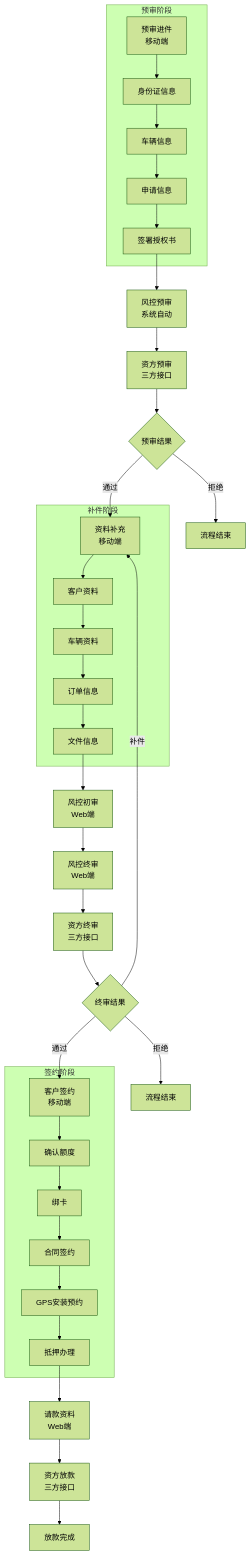
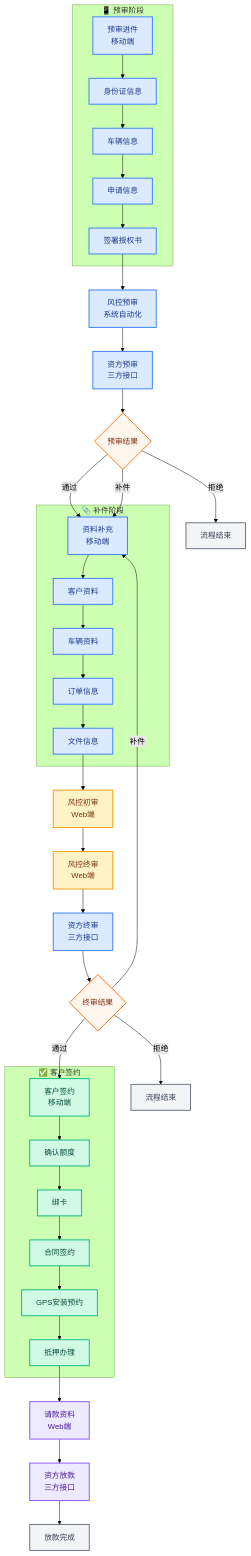
One commit to zygDemo/saas-project changed the first of 2 diagrams in docs/car-loan-flow-design.md. Above: the diagram before and after it, drawn with Mermaid (forest theme). The commit also changed other lines of this file and 27 other files, not shown here.

````diff
--- a/docs/car-loan-flow-design.md
+++ b/docs/car-loan-flow-design.md
@@ -11,44 +13,70 @@
 ```mermaid
 flowchart TD
-    subgraph 预审阶段["预审阶段"]
-        A[预审进件<br/>移动端] --> A1[身份证信息]
+    classDef pre fill:#dbeafe,stroke:#3b82f6,stroke-width:2px,color:#1e3a8a
+    classDef review fill:#fef3c7,stroke:#f59e0b,stroke-width:2px,color:#78350f
+    classDef sign fill:#d1fae5,stroke:#10b981,stroke-width:2px,color:#064e3b
+    classDef loan fill:#ede9fe,stroke:#8b5cf6,stroke-width:2px,color:#4c1d95
+    classDef endNode fill:#f3f4f6,stroke:#6b7280,stroke-width:2px,color:#374151
+    classDef decision fill:#fff7ed,stroke:#f97316,stroke-width:2px,color:#7c2d12
+
+    subgraph SG1["📱 预审阶段"]
+        A[预审进件
+移动端] --> A1[身份证信息]
         A1 --> A2[车辆信息]
         A2 --> A3[申请信息]
         A3 --> A4[签署授权书]
     end
 
-    A4 --> B[风控预审<br/>系统自动]
-    B --> C[资方预审<br/>三方接口]
+    A4 --> B[风控预审
+系统自动化]
+    B --> C[资方预审
+三方接口]
     C --> D{预审结果}
 
-    D -->|通过| E[资料补充<br/>移动端]
+    D -->|通过| E[资料补充
+移动端]
     D -->|拒绝| END1[流程结束]
+    D -->|补件| E
 
-    subgraph 补件阶段["补件阶段"]
+    subgraph SG2["📎 补件阶段"]
         E --> E1[客户资料]
         E1 --> E2[车辆资料]
         E2 --> E3[订单信息]
         E3 --> E4[文件信息]
     end
 
-    E4 --> F[风控初审<br/>Web端]
-    F --> G[风控终审<br/>Web端]
-    G --> H[资方终审<br/>三方接口]
+    E4 --> F[风控初审
+Web端]
+    F --> G[风控终审
+Web端]
+    G --> H[资方终审
+三方接口]
     H --> I{终审结果}
 
-    I -->|通过| J[客户签约<br/>移动端]
+    I -->|通过| J[客户签约
+移动端]
     I -->|拒绝| END2[流程结束]
     I -->|补件| E
 
-    subgraph 签约阶段["签约阶段"]
+    subgraph SG3["✅ 客户签约"]
         J --> J1[确认额度]
         J1 --> J2[绑卡]
         J2 --> J3[合同签约]
         J3 --> J4[GPS安装预约]
         J4 --> J5[抵押办理]
     end
 
-    J5 --> K[请款资料<br/>Web端]
-    K --> L[资方放款<br/>三方接口]
+    J5 --> K[请款资料
+Web端]
+    K --> L[资方放款
+三方接口]
     L --> M[放款完成]
+
+    class A,A1,A2,A3,A4,E,E1,E2,E3,E4 pre
+    class J,J1,J2,J3,J4,J5 sign
+    class B,C,H pre
+    class F,G review
+    class K,L loan
+    class END1,END2,M endNode
+    class D,I decision
 ```
````
